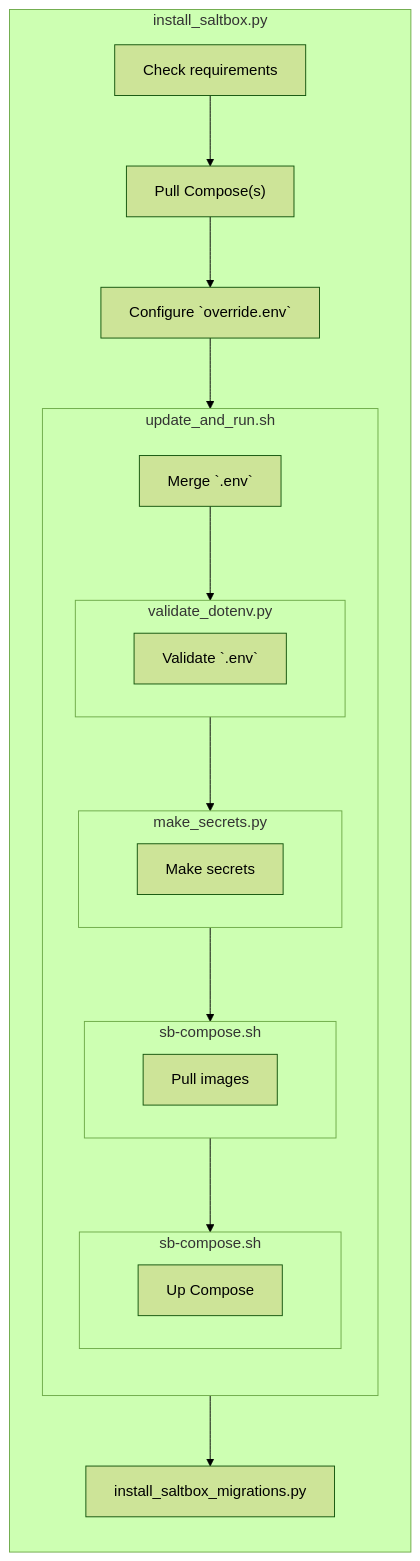
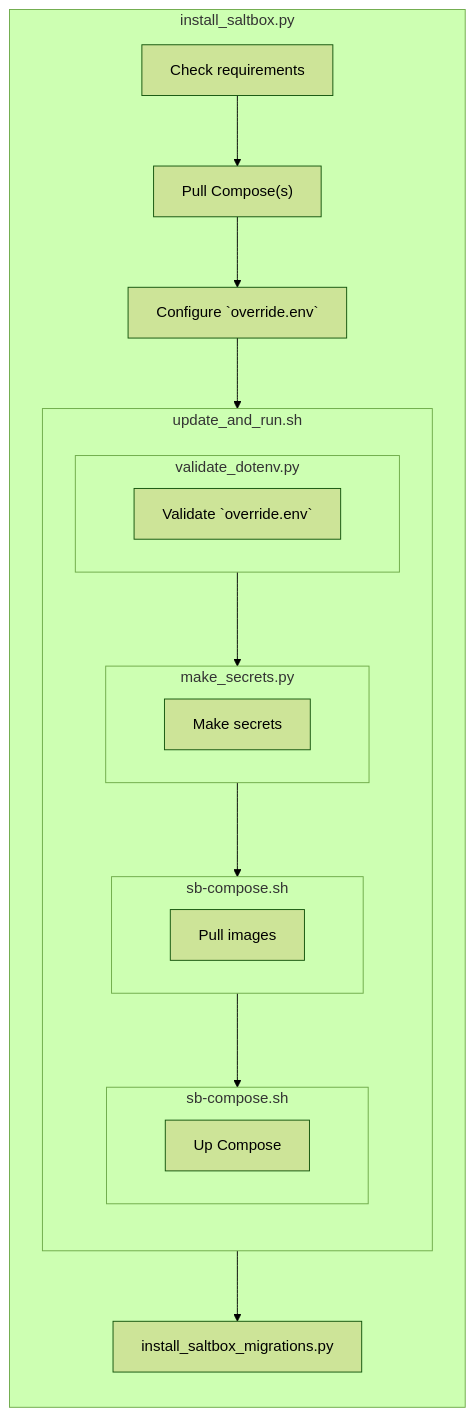
One commit to saltbox-pro/saltbox-compose changed the diagram in README.md. Above: the diagram before and after it, drawn with Mermaid (forest theme). The commit also changed other lines of this file and 7 other files, not shown here.

````diff
--- a/README.md
+++ b/README.md
@@ -75,30 +77,29 @@
 ```mermaid
 flowchart LR
     subgraph install_saltbox.py
     direction TB
     check[Check requirements]
         --> pull_repos["Pull Compose(s)"]
         --> conf[Configure `override.env`]
         --> update_and_run.sh
         subgraph update_and_run.sh
             direction TB
-            merge_env[Merge `.env`] --> validate_dotenv.py
             subgraph validate_dotenv.py
-               validate_dotenv[Validate `.env`]
+               validate_dotenv[Validate `override.env`]
             end
             validate_dotenv.py --> make_secrets.py
             subgraph make_secrets.py
                 make_secrets[Make secrets]
             end
             make_secrets.py --> sb-compose.sh-1
             subgraph sb-compose.sh-1[sb-compose.sh]
                 pull_images[Pull images]
             end
             sb-compose.sh-1 --> sb-compose.sh-2
             subgraph sb-compose.sh-2[sb-compose.sh]
                 up[Up Compose]
             end
         end
         update_and_run.sh --> install_saltbox_migrations.py
     end
 ```
````
